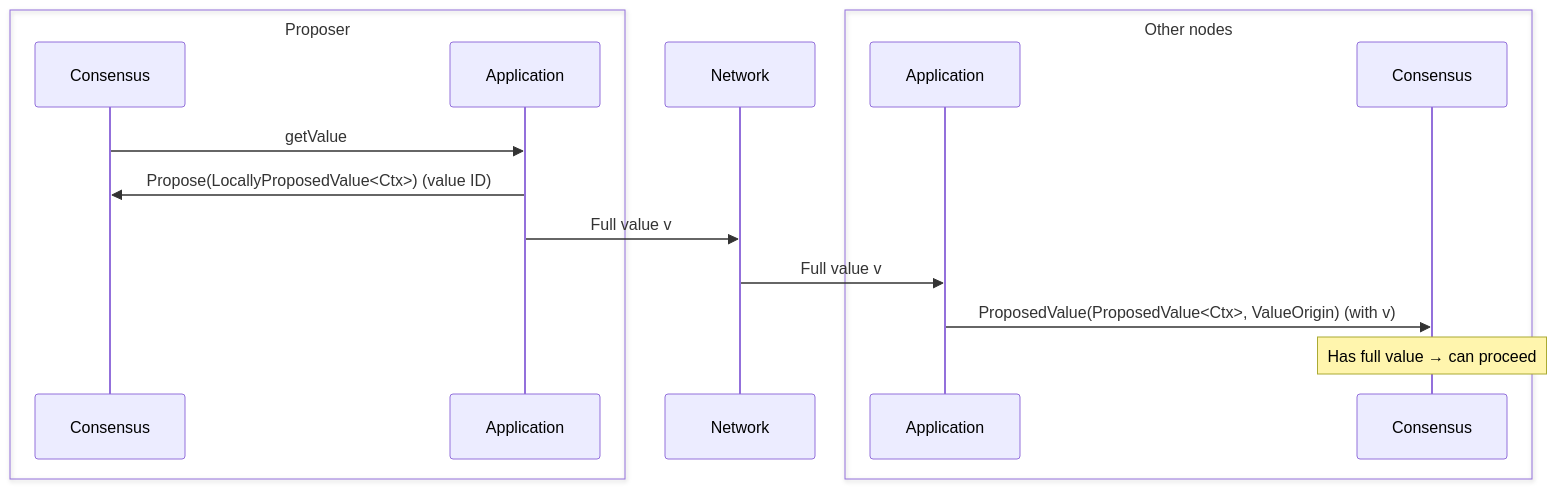
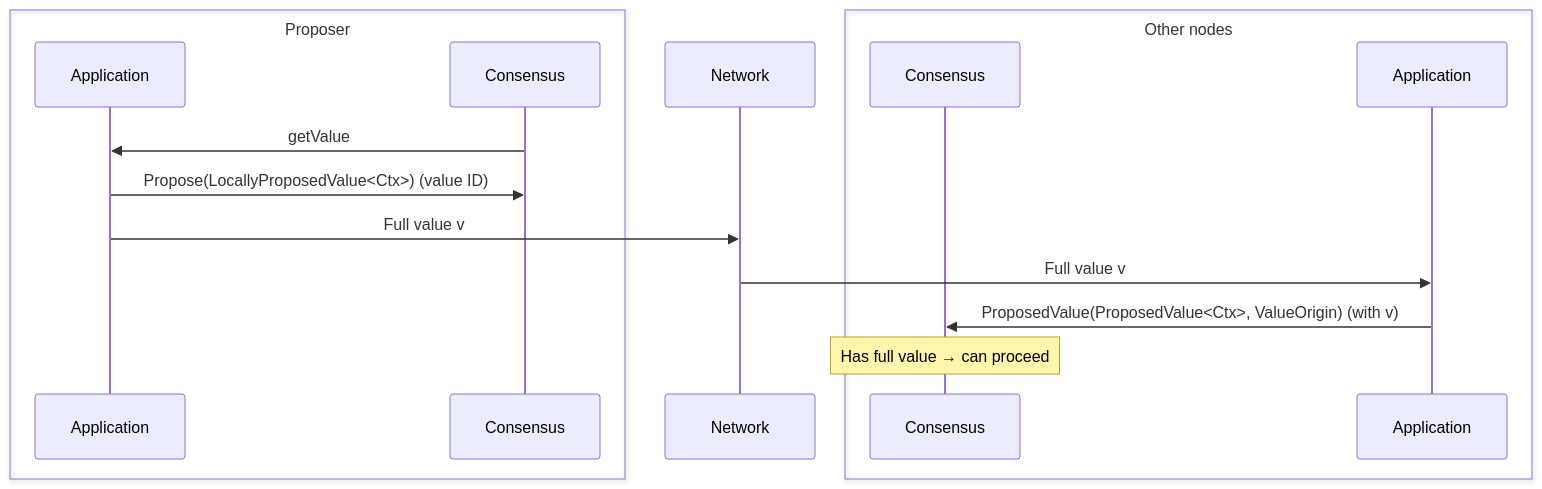
One commit to circlefin/malachite changed the third of 3 diagrams in docs/architecture/adr-003-values-propagation.md. Above: the diagram before and after it, drawn with Mermaid. The commit also changed other lines of this file, not shown here.

Commit message:
fix: diagrams

````diff
--- a/docs/architecture/adr-003-values-propagation.md
+++ b/docs/architecture/adr-003-values-propagation.md
@@ -202,24 +202,24 @@
 ```mermaid
 sequenceDiagram
     box Proposer
+      participant A1 as Application
       participant C1 as Consensus
-      participant A1 as Application
     end
 
     participant N as Network
 
     box Other nodes
+      participant C2 as Consensus
       participant A2 as Application
-      participant C2 as Consensus
     end
 
     C1->>A1: getValue
     A1->>C1: Propose(LocallyProposedValue<Ctx>) (value ID)
     
     A1->>N: Full value v
     N->>A2: Full value v
 
     A2->>C2: ProposedValue(ProposedValue<Ctx>, ValueOrigin) (with v)
 
     Note over C2: Has full value → can proceed
 ```
````
